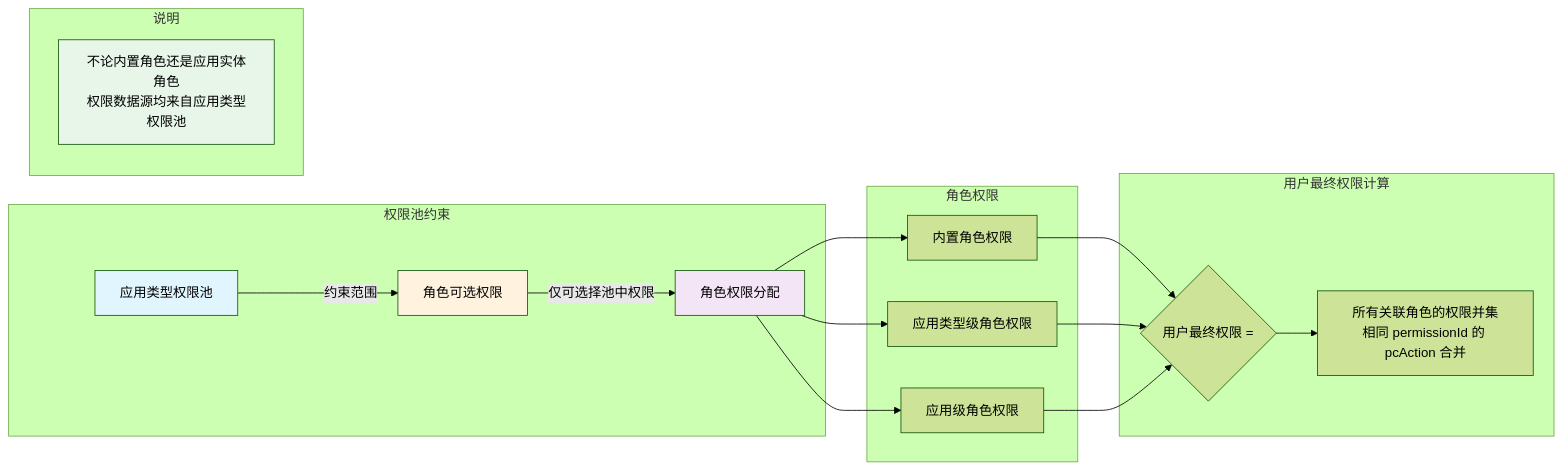
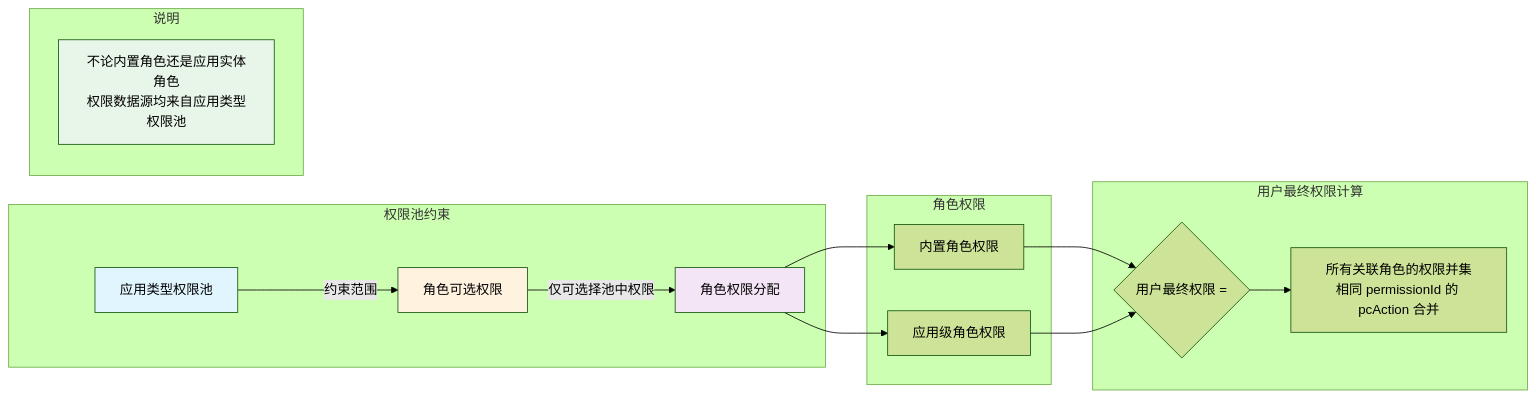
Before and after one commit to huyumo/moyan-mfw: the third of 3 diagrams in docs/flows/permission-assignment.md, drawn with Mermaid (forest theme). The commit also changed other lines of this file and 14 other files, not shown here.

````diff
--- a/docs/flows/permission-assignment.md
+++ b/docs/flows/permission-assignment.md
@@ -147,29 +147,27 @@
 ```mermaid
 graph LR
     subgraph 权限池约束
         A[应用类型权限池] -->|约束范围 | B[角色可选权限]
         B -->|仅可选择池中权限 | C[角色权限分配]
     end
 
     subgraph 角色权限
         C --> D[内置角色权限]
-        C --> E[应用类型级角色权限]
-        C --> F[应用级角色权限]
+        C --> E[应用级角色权限]
     end
 
     subgraph 用户最终权限计算
         D --> G{用户最终权限 = }
         E --> G
-        F --> G
         G --> H[所有关联角色的权限并集<br/>相同 permissionId 的 pcAction 合并]
     end
 
     subgraph 说明
         I[不论内置角色还是应用实体角色<br/>权限数据源均来自应用类型权限池]
     end
 
     style A fill:#e1f5fe
     style B fill:#fff3e0
     style C fill:#f3e5f5
     style I fill:#e8f5e9
 ```
````
